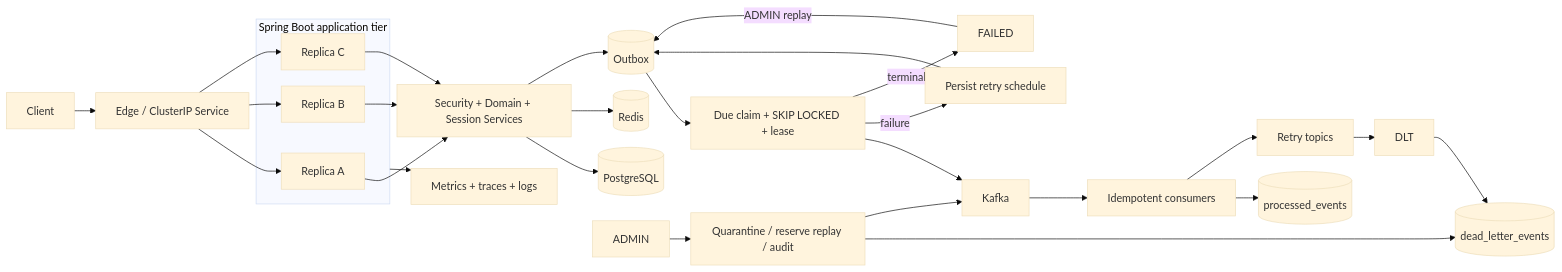
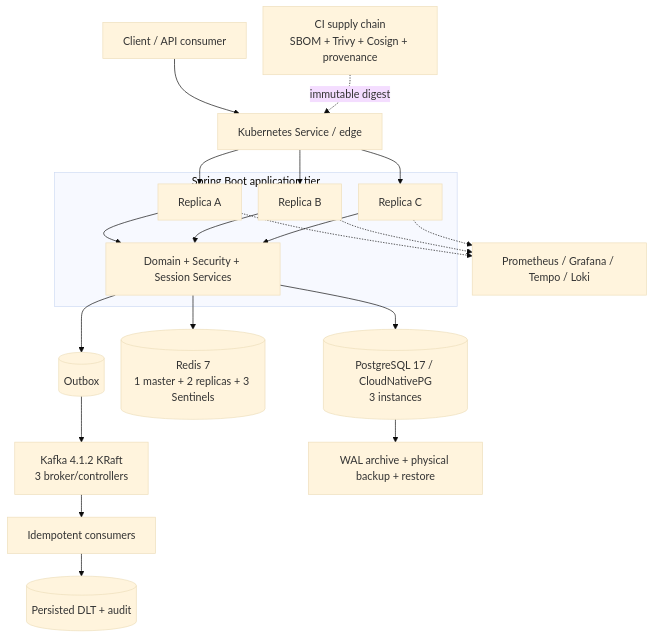
Before and after one commit to ravan-chuang/spring-boot-ecommerce-backend: the first of 2 diagrams in SpringBoot_Backend_Engineering_Summary.md, drawn with Mermaid (base theme). The commit also changed other lines of this file and 2 other files, not shown here.

````diff
--- a/SpringBoot_Backend_Engineering_Summary.md
+++ b/SpringBoot_Backend_Engineering_Summary.md
@@ -71,41 +50,32 @@
 ```mermaid
-%%{init: {"flowchart": {"curve": "basis", "nodeSpacing": 24, "rankSpacing": 32}}}%%
-flowchart LR
-    Client[Client] --> Service[Edge / ClusterIP Service]
+%%{init: {"flowchart": {"curve": "basis", "nodeSpacing": 25, "rankSpacing": 34}}}%%
+flowchart TB
+    Client[Client / API consumer] --> Svc[Kubernetes Service / edge]
+    Supply[CI supply chain\nSBOM + Trivy + Cosign + provenance] -. immutable digest .-> Svc
 
-    subgraph Apps[Spring Boot application tier]
-        A[Replica A]
-        B[Replica B]
-        C[Replica C]
+    subgraph App[Spring Boot application tier]
+      A[Replica A]
+      B[Replica B]
+      C[Replica C]
+      Domain[Domain + Security + Session Services]
+      A --> Domain
+      B --> Domain
+      C --> Domain
     end
 
-    Service --> A
-    Service --> B
-    Service --> C
+    Svc --> A
+    Svc --> B
+    Svc --> C
 
-    A --> Domain[Security + Domain + Session Services]
-    B --> Domain
-    C --> Domain
+    Domain --> PG[(PostgreSQL 17 / CloudNativePG\n3 instances)]
+    Domain --> Redis[(Redis 7\n1 master + 2 replicas + 3 Sentinels)]
+    Domain --> Outbox[(Outbox)]
+    Outbox --> Kafka[Kafka 4.1.2 KRaft\n3 broker/controllers]
+    Kafka --> Consumers[Idempotent consumers]
+    Consumers --> DLT[(Persisted DLT + audit)]
+    PG --> Backup[WAL archive + physical backup + restore]
 
-    Domain --> PG[(PostgreSQL)]
-    Domain --> Redis[(Redis)]
-    Domain --> Outbox[(Outbox)]
-
-    Outbox --> Claim[Due claim + SKIP LOCKED + lease]
-    Claim --> Kafka[Kafka]
-    Claim -->|failure| Schedule[Persist retry schedule]
-    Schedule --> Outbox
-    Claim -->|terminal| Failed[FAILED]
-    Failed -->|ADMIN replay| Outbox
-
-    Kafka --> Consumer[Idempotent consumers]
-    Consumer --> Marker[(processed_events)]
-    Consumer --> Retry[Retry topics]
-    Retry --> DLT[DLT]
-    DLT --> Evidence[(dead_letter_events)]
-    Admin[ADMIN] --> Ops[Quarantine / reserve replay / audit]
-    Ops --> Evidence
-    Ops --> Kafka
-
-    Apps --> Telemetry[Metrics + traces + logs]
+    A -.-> Obs[Prometheus / Grafana / Tempo / Loki]
+    B -.-> Obs
+    C -.-> Obs
 ```
````
